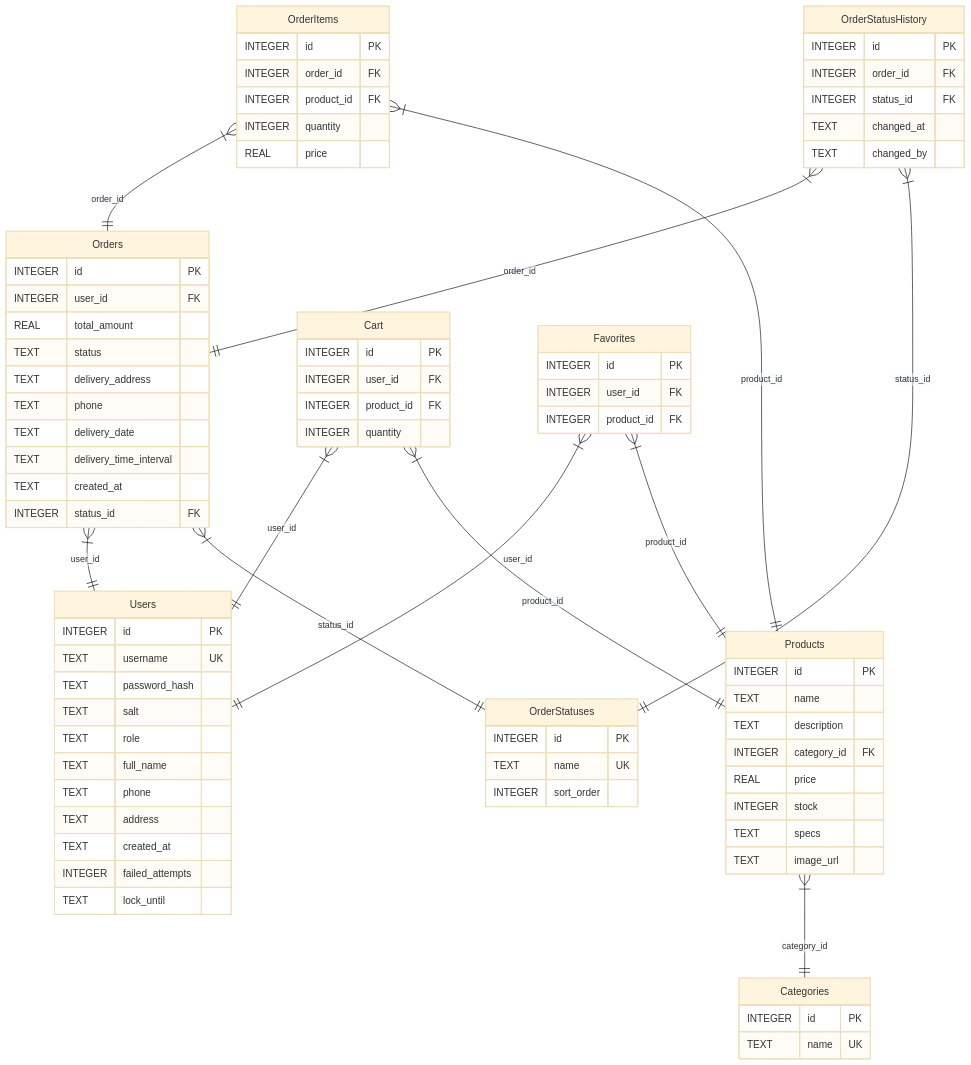
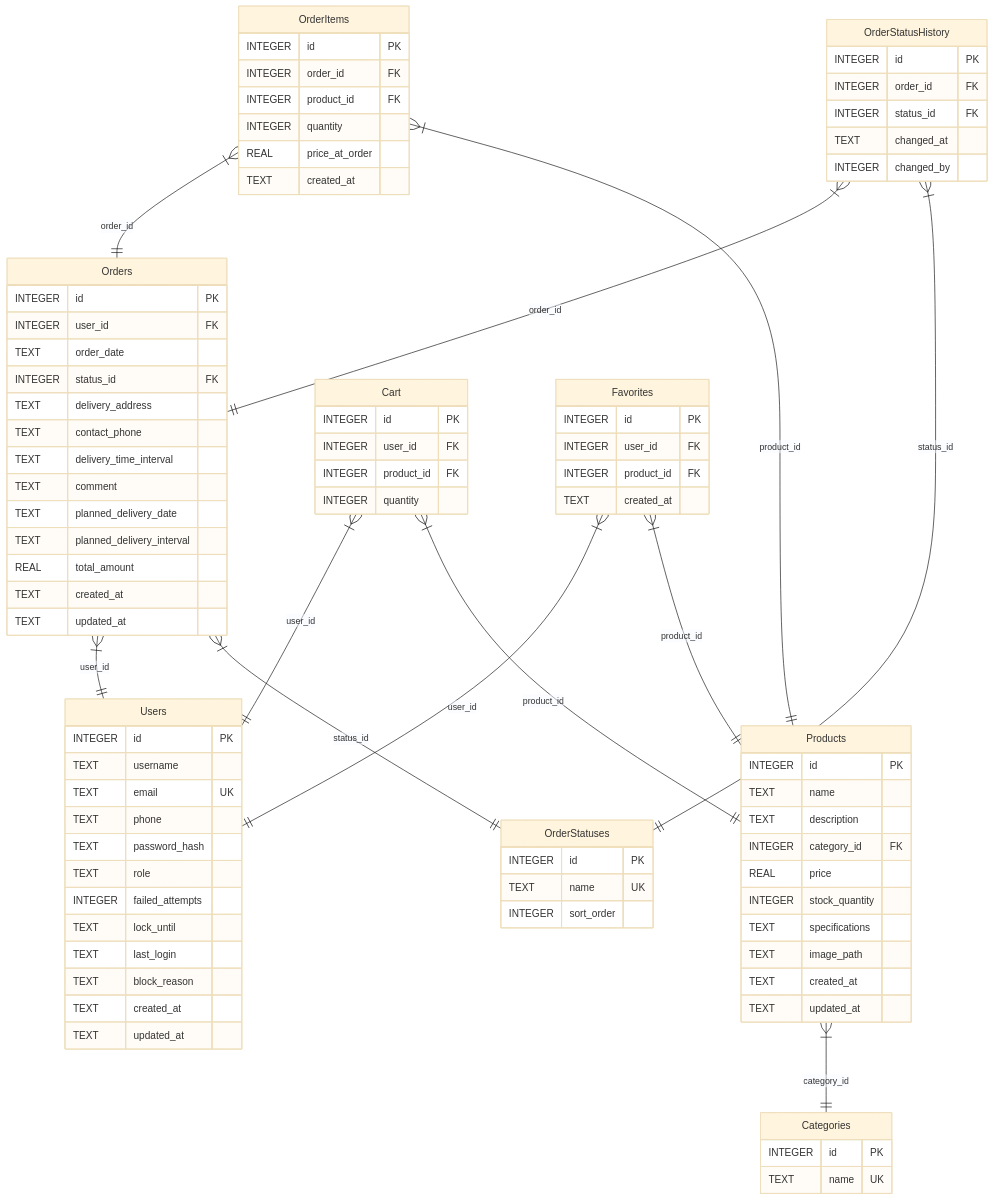
The sixth of 6 diagrams in docs/ПОЯСНИТЕЛЬНАЯ_ЗАПИСКА.md (MaltsevArseny/Diplom_KST_New), drawn with Mermaid (base theme) before and after one commit. The commit also changed other lines of this file and 3 other files, not shown here.

```diff
--- a/docs/ПОЯСНИТЕЛЬНАЯ_ЗАПИСКА.md
+++ b/docs/ПОЯСНИТЕЛЬНАЯ_ЗАПИСКА.md
@@ -831,16 +858,17 @@
 erDiagram
     Users {
         INTEGER id PK
-        TEXT username UK
+        TEXT username
+        TEXT email UK
+        TEXT phone
         TEXT password_hash
-        TEXT salt
         TEXT role
-        TEXT full_name
-        TEXT phone
-        TEXT address
-        TEXT created_at
         INTEGER failed_attempts
         TEXT lock_until
+        TEXT last_login
+        TEXT block_reason
+        TEXT created_at
+        TEXT updated_at
     }
     Products {
         INTEGER id PK
@@ -848,9 +876,11 @@
         TEXT description
         INTEGER category_id FK
         REAL price
-        INTEGER stock
-        TEXT specs
-        TEXT image_url
+        INTEGER stock_quantity
+        TEXT specifications
+        TEXT image_path
+        TEXT created_at
+        TEXT updated_at
     }
     Categories {
         INTEGER id PK
@@ -859,21 +889,25 @@
     Orders {
         INTEGER id PK
         INTEGER user_id FK
+        TEXT order_date
+        INTEGER status_id FK
+        TEXT delivery_address
+        TEXT contact_phone
+        TEXT delivery_time_interval
+        TEXT comment
+        TEXT planned_delivery_date
+        TEXT planned_delivery_interval
         REAL total_amount
-        TEXT status
-        TEXT delivery_address
-        TEXT phone
-        TEXT delivery_date
-        TEXT delivery_time_interval
         TEXT created_at
-        INTEGER status_id FK
+        TEXT updated_at
     }
     OrderItems {
         INTEGER id PK
         INTEGER order_id FK
         INTEGER product_id FK
         INTEGER quantity
-        REAL price
+        REAL price_at_order
+        TEXT created_at
     }
     Cart {
         INTEGER id PK
@@ -885,6 +919,7 @@
         INTEGER id PK
         INTEGER user_id FK
         INTEGER product_id FK
+        TEXT created_at
     }
     OrderStatuses {
         INTEGER id PK
@@ -896,7 +931,7 @@
         INTEGER order_id FK
         INTEGER status_id FK
         TEXT changed_at
-        TEXT changed_by
+        INTEGER changed_by
     }
 
     Products }|--|| Categories : "category_id"
```
